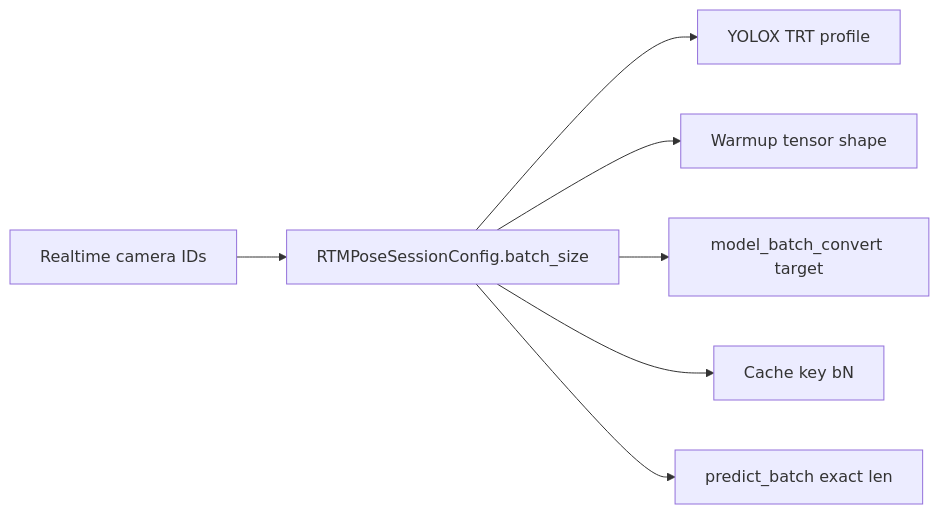
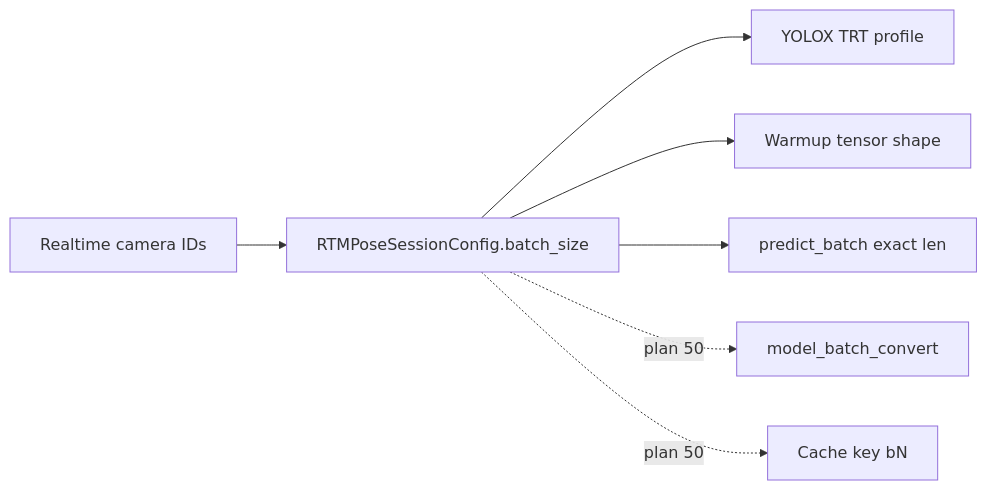
The first of 2 diagrams in plans/30_realtime_batch_size.plan.md (domisjustanumber/skellytracker), drawn with Mermaid before and after one commit. The commit also changed other lines of this file and 12 other files, not shown here.

First line of the commit message:
Implement exact-batch session sizing (plan 30).

````diff
--- a/plans/30_realtime_batch_size.plan.md
+++ b/plans/30_realtime_batch_size.plan.md
@@ -59,9 +56,9 @@
 ```mermaid
 flowchart LR
   cameras[Realtime camera IDs] --> batchSize[RTMPoseSessionConfig.batch_size]
   batchSize --> trtProfile[YOLOX TRT profile]
   batchSize --> warmup[Warmup tensor shape]
-  batchSize --> convert[model_batch_convert target]
-  batchSize --> cache[Cache key bN]
   batchSize --> infer[predict_batch exact len]
+  batchSize -.->|plan 50| convert[model_batch_convert]
+  batchSize -.->|plan 50| cache[Cache key bN]
 ```
````
